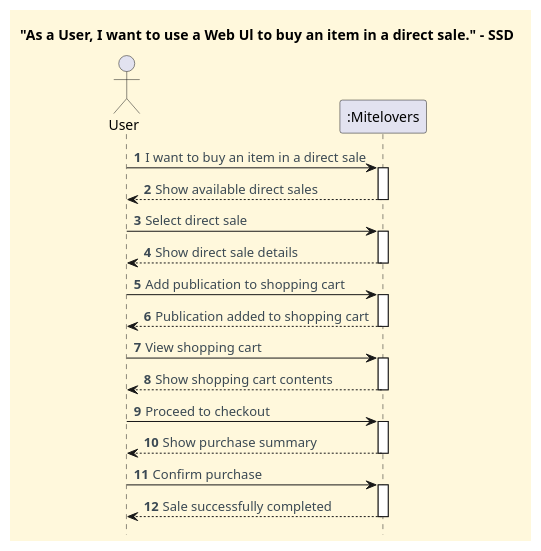
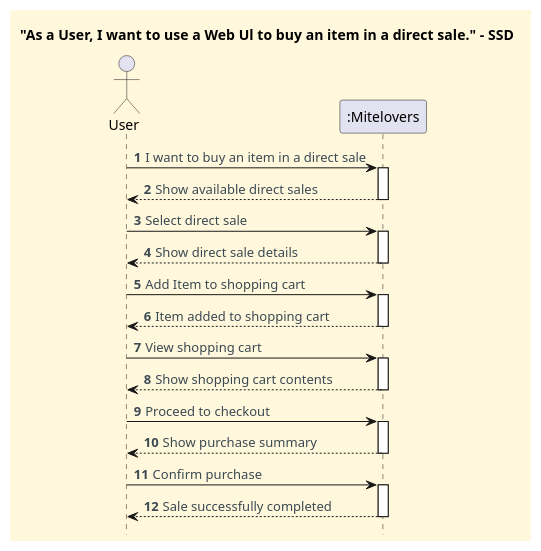
One commit to CarolinaLeite-collab/JavaMarketplacePlatform changed the diagram in docs/client-server-diagrams/buy-item-on-direct-sale/Process_View_SSD.puml. Above: the diagram before and after it, drawn with PlantUML.

Commit message:
docs: align SSD terminology by replacing publication with item #1095

```diff
--- a/docs/client-server-diagrams/buy-item-on-direct-sale/Process_View_SSD.puml
+++ b/docs/client-server-diagrams/buy-item-on-direct-sale/Process_View_SSD.puml
@@ -1,56 +1,55 @@
 @startuml
 
 '==== basic style ====
 hide stereotype
 skinparam monochrome false
 skinparam shadowing false
 skinparam defaultFontName Futura
 skinparam objectFontSize 20
 skinparam backgroundColor CornSilk
 skinparam objectBackgroundColor WhiteSmoke
 skinparam noteBackgroundColor #FFFFE0
 skinparam ArrowFontColor #3B4953
 skinparam ActivationBackgroundColor black
 hidefootbox
 
 autonumber
 
 title "As a User, I want to use a Web Ul to buy an item in a direct sale." - SSD
 
 ' --- Actor and participants ---
 
 actor User
 participant ":Mitelovers" as mite
 
 User -> mite : I want to buy an item in a direct sale
 activate mite
 mite --> User : Show available direct sales
 deactivate mite
 
 User -> mite : Select direct sale
 activate mite
 mite --> User : Show direct sale details
 deactivate mite
 
-User -> mite : Add publication to shopping cart
+User -> mite : Add Item to shopping cart
 activate mite
-mite --> User : Publication added to shopping cart
+mite --> User : Item added to shopping cart
 deactivate mite
 
 User -> mite : View shopping cart
 activate mite
 mite --> User : Show shopping cart contents
 deactivate mite
 
 User -> mite : Proceed to checkout
 activate mite
 mite --> User : Show purchase summary
 deactivate mite
 
 User -> mite : Confirm purchase
 activate mite
 mite --> User : Sale successfully completed
 deactivate mite
 
-
 @enduml
```
